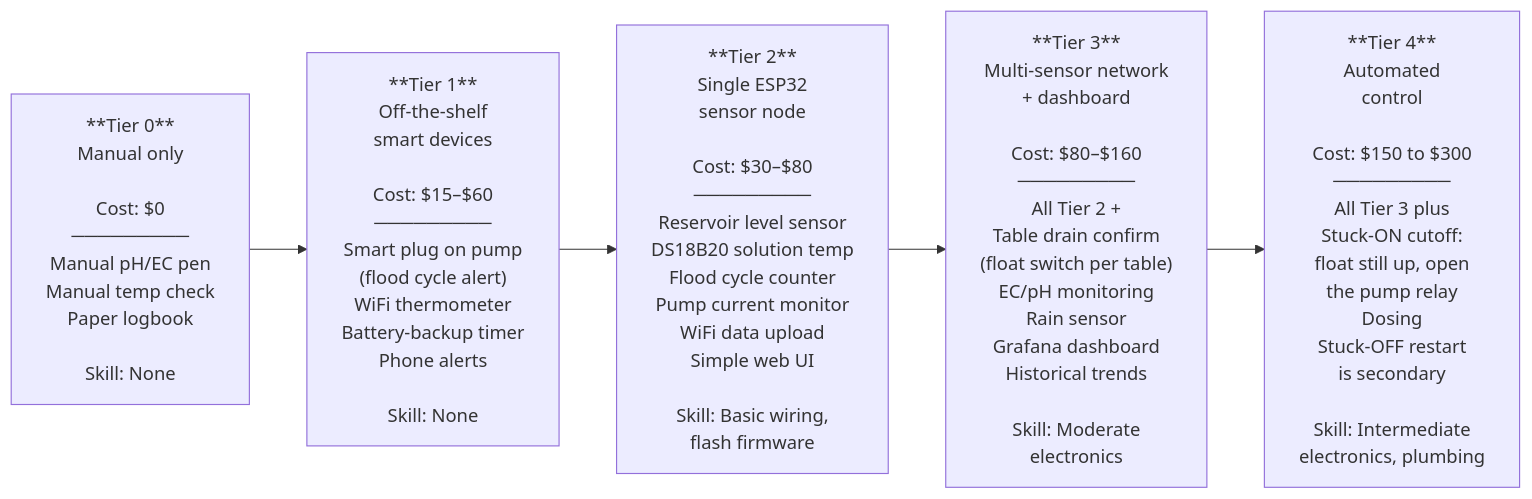
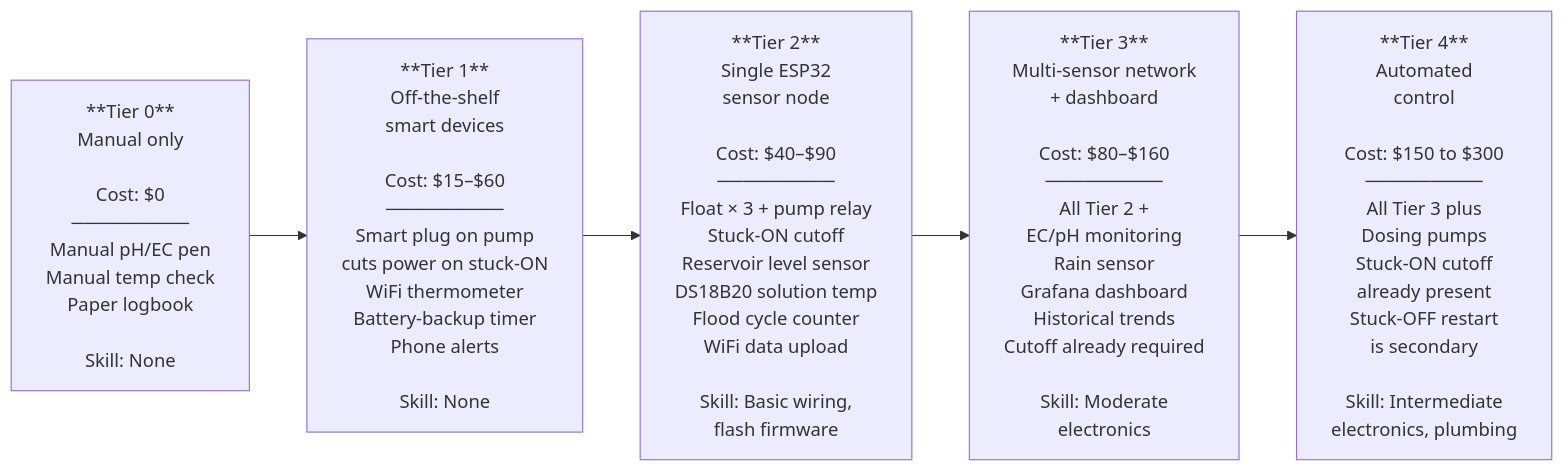
One commit to UncleJS/guide_hydroponics changed the second of 13 diagrams in guide/ebb-and-flow/13-automation.md. Above: the diagram before and after it, drawn with Mermaid. The commit also changed other lines of this file and 3 other files, not shown here.

Commit message:
Require E&F stuck-ON cutoff from Tier 1/2; dualize NFT wiring.

````diff
--- a/guide/ebb-and-flow/13-automation.md
+++ b/guide/ebb-and-flow/13-automation.md
@@ -197,10 +199,10 @@
 ```mermaid
 flowchart LR
     T0["**Tier 0**<br/>Manual only<br/><br/>Cost: $0<br/>─────────<br/>Manual pH/EC pen<br/>Manual temp check<br/>Paper logbook<br/><br/>Skill: None"]
-    T1["**Tier 1**<br/>Off-the-shelf<br/>smart devices<br/><br/>Cost: $15–$60<br/>─────────<br/>Smart plug on pump<br/>(flood cycle alert)<br/>WiFi thermometer<br/>Battery-backup timer<br/>Phone alerts<br/><br/>Skill: None"]
-    T2["**Tier 2**<br/>Single ESP32<br/>sensor node<br/><br/>Cost: $30–$80<br/>─────────<br/>Reservoir level sensor<br/>DS18B20 solution temp<br/>Flood cycle counter<br/>Pump current monitor<br/>WiFi data upload<br/>Simple web UI<br/><br/>Skill: Basic wiring,<br/>flash firmware"]
-    T3["**Tier 3**<br/>Multi-sensor network<br/>+ dashboard<br/><br/>Cost: $80–$160<br/>─────────<br/>All Tier 2 +<br/>Table drain confirm<br/>(float switch per table)<br/>EC/pH monitoring<br/>Rain sensor<br/>Grafana dashboard<br/>Historical trends<br/><br/>Skill: Moderate<br/>electronics"]
-    T4["**Tier 4**<br/>Automated<br/>control<br/><br/>Cost: $150 to $300<br/>─────────<br/>All Tier 3 plus<br/>Stuck-ON cutoff:<br/>float still up, open<br/>the pump relay<br/>Dosing<br/>Stuck-OFF restart<br/>is secondary<br/><br/>Skill: Intermediate<br/>electronics, plumbing"]
+    T1["**Tier 1**<br/>Off-the-shelf<br/>smart devices<br/><br/>Cost: $15–$60<br/>─────────<br/>Smart plug on pump<br/>cuts power on stuck-ON<br/>WiFi thermometer<br/>Battery-backup timer<br/>Phone alerts<br/><br/>Skill: None"]
+    T2["**Tier 2**<br/>Single ESP32<br/>sensor node<br/><br/>Cost: $40–$90<br/>─────────<br/>Float × 3 + pump relay<br/>Stuck-ON cutoff<br/>Reservoir level sensor<br/>DS18B20 solution temp<br/>Flood cycle counter<br/>WiFi data upload<br/><br/>Skill: Basic wiring,<br/>flash firmware"]
+    T3["**Tier 3**<br/>Multi-sensor network<br/>+ dashboard<br/><br/>Cost: $80–$160<br/>─────────<br/>All Tier 2 +<br/>EC/pH monitoring<br/>Rain sensor<br/>Grafana dashboard<br/>Historical trends<br/>Cutoff already required<br/><br/>Skill: Moderate<br/>electronics"]
+    T4["**Tier 4**<br/>Automated<br/>control<br/><br/>Cost: $150 to $300<br/>─────────<br/>All Tier 3 plus<br/>Dosing pumps<br/>Stuck-ON cutoff<br/>already present<br/>Stuck-OFF restart<br/>is secondary<br/><br/>Skill: Intermediate<br/>electronics, plumbing"]
 
     T0 --> T1 --> T2 --> T3 --> T4
 ```
````
